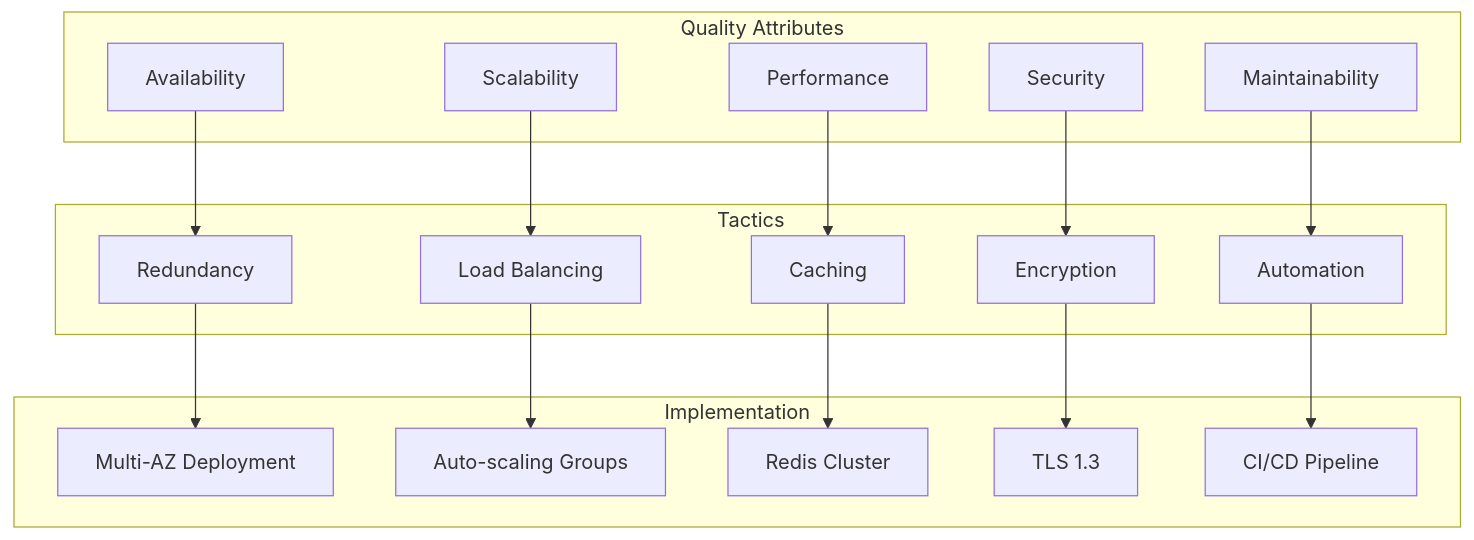
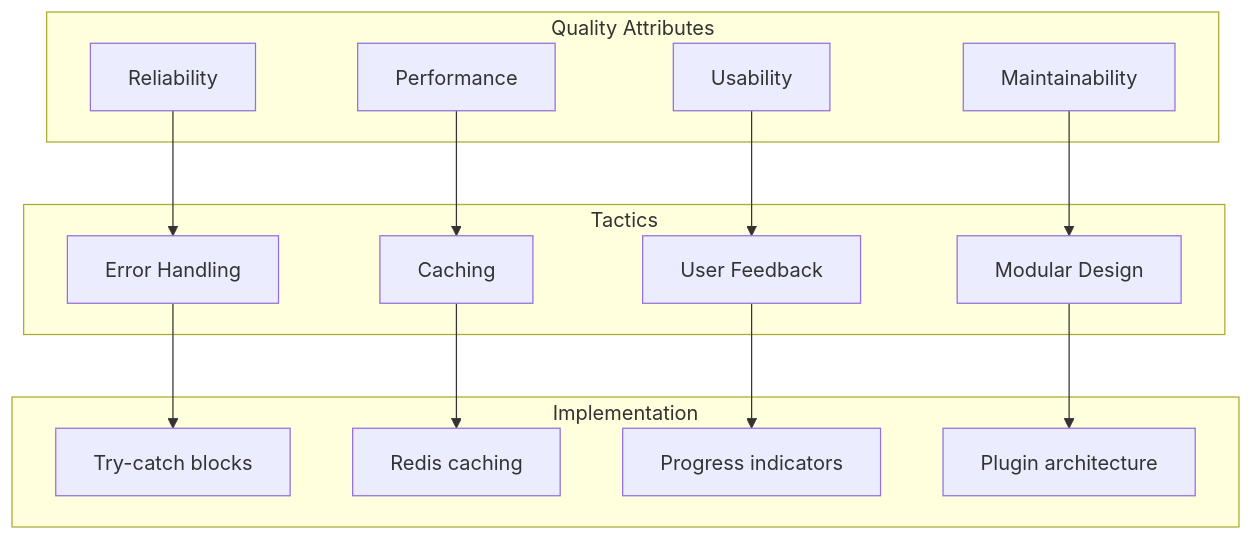
Before and after one commit to Shakour-Data/AutoProjectManagement: diagram 18 of 18 in Docs/Software_Engineering/Software_Architecture_Document.md, drawn with Mermaid. The commit also changed other lines of this file, not shown here.

````diff
--- a/Docs/Software_Engineering/Software_Architecture_Document.md
+++ b/Docs/Software_Engineering/Software_Architecture_Document.md
@@ -814,38 +852,33 @@
 ```mermaid
 graph TB
     subgraph "Quality Attributes"
-        QA1[Availability]
-        QA2[Scalability]
-        QA3[Performance]
-        QA4[Security]
-        QA5[Maintainability]
+        QA1[Reliability]
+        QA2[Performance]
+        QA3[Usability]
+        QA4[Maintainability]
     end
     
     subgraph "Tactics"
-        T1[Redundancy]
-        T2[Load Balancing]
-        T3[Caching]
-        T4[Encryption]
-        T5[Automation]
+        T1[Error Handling]
+        T2[Caching]
+        T3[User Feedback]
+        T4[Modular Design]
     end
     
     subgraph "Implementation"
-        I1[Multi-AZ Deployment]
-        I2[Auto-scaling Groups]
-        I3[Redis Cluster]
-        I4[TLS 1.3]
-        I5[CI/CD Pipeline]
+        I1[Try-catch blocks]
+        I2[Redis caching]
+        I3[Progress indicators]
+        I4[Plugin architecture]
     end
     
     QA1 --> T1
     QA2 --> T2
     QA3 --> T3
     QA4 --> T4
-    QA5 --> T5
     
     T1 --> I1
     T2 --> I2
     T3 --> I3
     T4 --> I4
-    T5 --> I5
 ```
````
